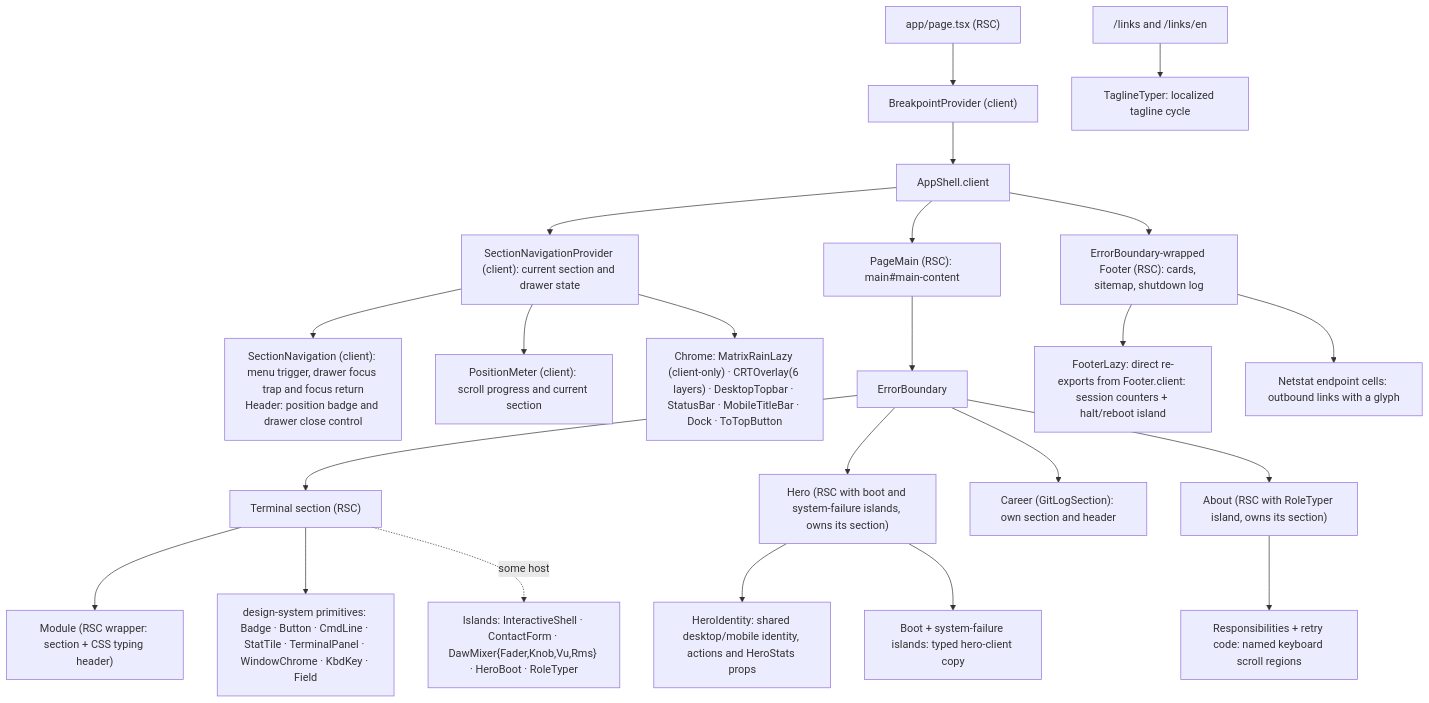
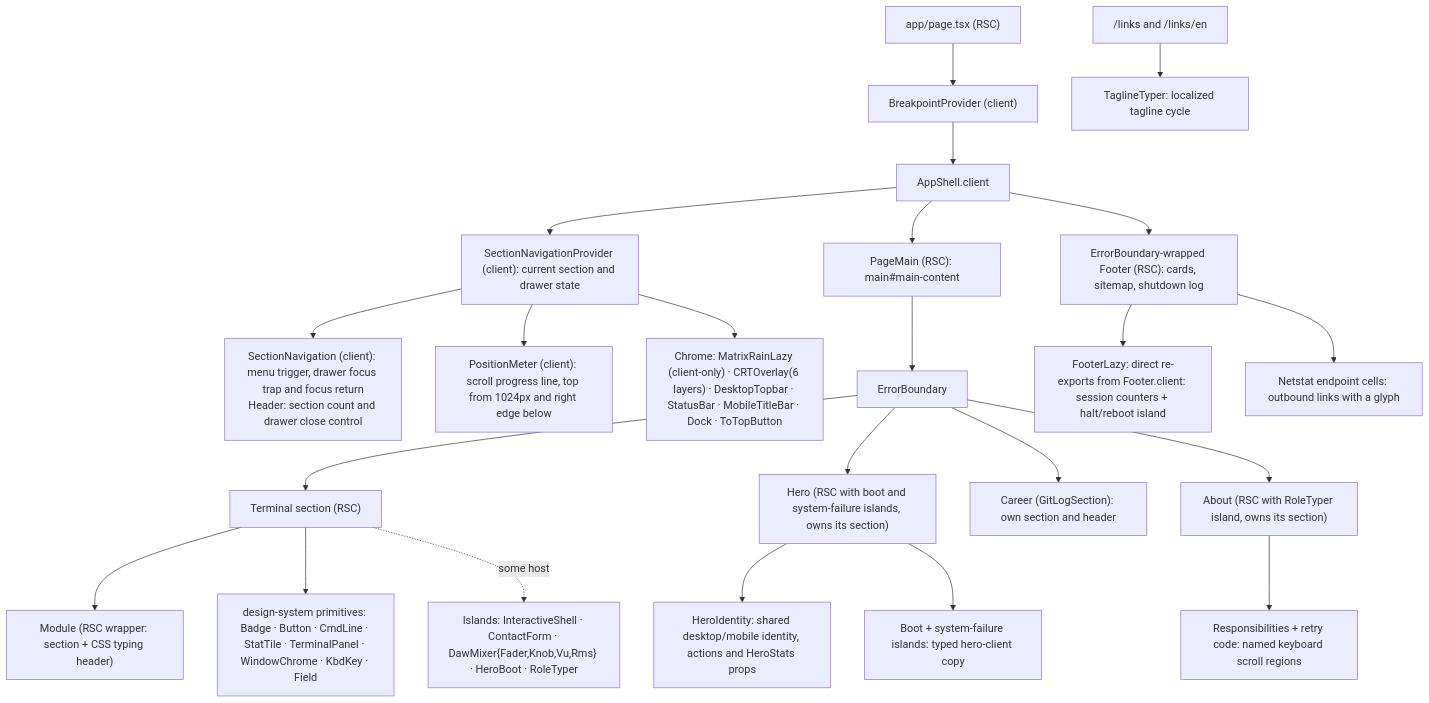
The first of 2 diagrams in docs/04-components-and-state.md (erikunha/portfolio), drawn with Mermaid before and after one commit. The commit also changed 12 other files, not shown here.

First line of the commit message:
feat(nav): drop the position readout and carry progress on a side line below 1024px

````diff
--- a/docs/04-components-and-state.md
+++ b/docs/04-components-and-state.md
@@ -26,25 +26,25 @@
 ```mermaid
 flowchart TD
     page["app/page.tsx (RSC)"] --> bp["BreakpointProvider (client)"]
     bp --> shell["AppShell.client"]
     shell --> navigation["SectionNavigationProvider (client): current section and drawer state"]
-    navigation --> rail["SectionNavigation (client): menu trigger, drawer focus trap and focus return<br/>Header: position badge and drawer close control"]
-    navigation --> position["PositionMeter (client): scroll progress and current section"]
+    navigation --> rail["SectionNavigation (client): menu trigger, drawer focus trap and focus return<br/>Header: section count and drawer close control"]
+    navigation --> position["PositionMeter (client): scroll progress line, top from 1024px and right edge below"]
     navigation --> chrome["Chrome: MatrixRainLazy (client-only) · CRTOverlay(6 layers) · DesktopTopbar · StatusBar · MobileTitleBar · Dock · ToTopButton"]
     shell --> main["PageMain (RSC): main#main-content"]
     main --> eb["ErrorBoundary"]
     eb --> sec["Terminal section (RSC)"]
     sec --> mod["Module (RSC wrapper: section + CSS typing header)"]
     sec --> dsp["design-system primitives: Badge · Button · CmdLine · StatTile · TerminalPanel · WindowChrome · KbdKey · Field"]
     sec -. some host .-> isl["Islands: InteractiveShell · ContactForm · DawMixer{Fader,Knob,Vu,Rms} · HeroBoot · RoleTyper"]
     eb --> hero["Hero (RSC with boot and system-failure islands, owns its section)"]
     hero --> identity["HeroIdentity: shared desktop/mobile identity, actions and HeroStats props"]
     hero --> clientcopy["Boot + system-failure islands: typed hero-client copy"]
     eb --> career["Career (GitLogSection): own section and header"]
     eb --> about["About (RSC with RoleTyper island, owns its section)"]
     about --> scroll["Responsibilities + retry code: named keyboard scroll regions"]
     shell --> fl["ErrorBoundary-wrapped Footer (RSC): cards, sitemap, shutdown log"]
     fl --> fi["FooterLazy: direct re-exports from Footer.client: session counters + halt/reboot island"]
     fl --> fc["Netstat endpoint cells: outbound links with a glyph"]
     links["/links and /links/en"] --> tagline["TaglineTyper: localized tagline cycle"]
 ```
````
